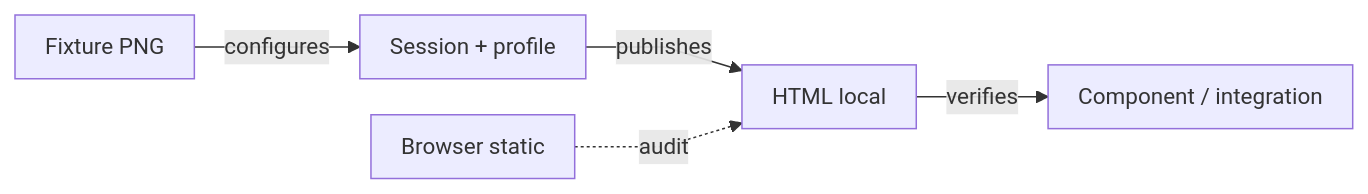
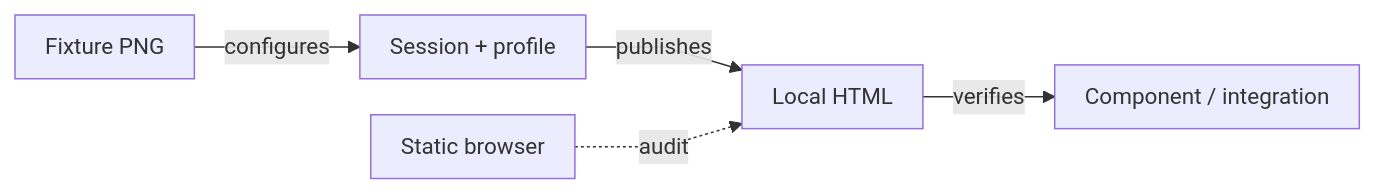
Before and after one commit to crististefanita/atf_j0: the third of 4 diagrams in atf-reporting-tests/README.md, drawn with Mermaid. The commit also changed other lines of this file and 13 other files, not shown here.

````diff
--- a/atf-reporting-tests/README.md
+++ b/atf-reporting-tests/README.md
@@ -509,8 +501,8 @@
 ```mermaid
 %%{init: {"themeVariables":{"fontSize":"15px"},"themeCSS":".nodeLabel, .nodeLabel p { font-size: 15px !important; line-height: 1.35 !important; } .edgeLabel, .edgeLabel p { font-size: 12px !important; font-weight: 400 !important; line-height: 1.2 !important; } .edgeLabel .labelBkg, .edgeLabel p { background: transparent !important; } .edgeLabel foreignObject { transform: translateY(-10px); overflow: visible; } .node rect { rx: 6px; ry: 6px; }","flowchart":{"curve":"linear","nodeSpacing":24,"rankSpacing":40,"padding":10}}}%%
 flowchart LR
     Fixture["Fixture PNG"] -->|configures| Session["Session + profile"]
-    Session -->|publishes| Html[HTML local]
+    Session -->|publishes| Html[Local HTML]
     Html -->|verifies| Contract["Component / integration"]
-    Browser["Browser static"] -. audit .-> Html
+    Browser["Static browser"] -. audit .-> Html
 ```
````
